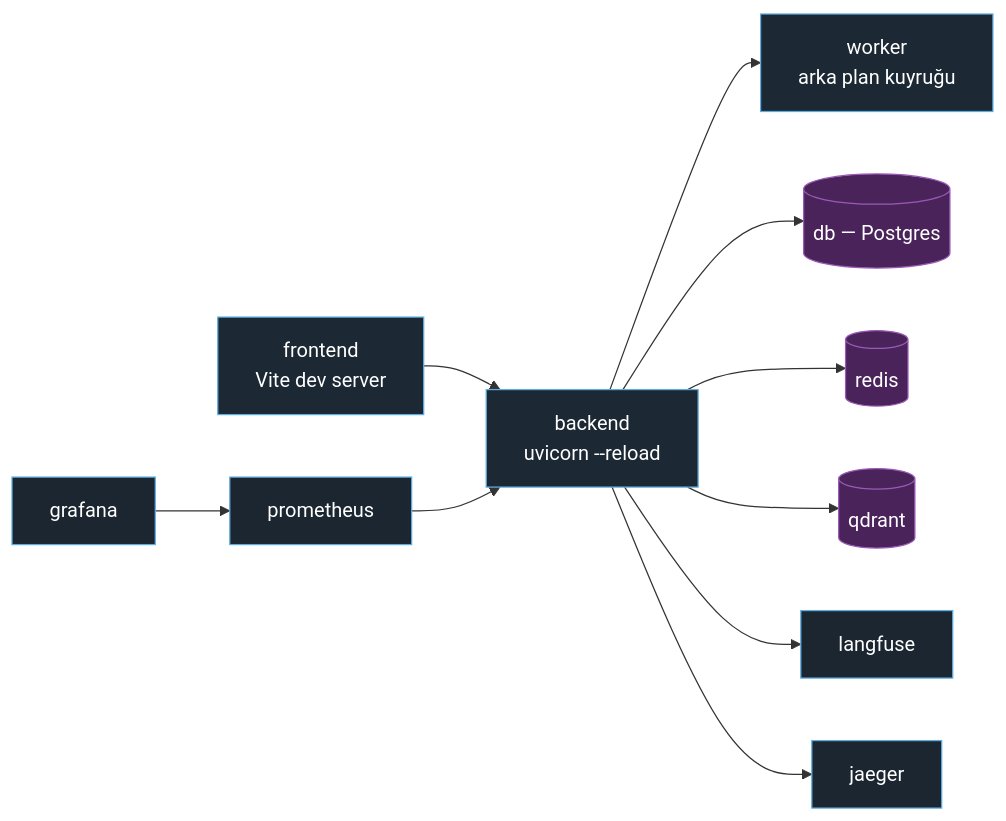
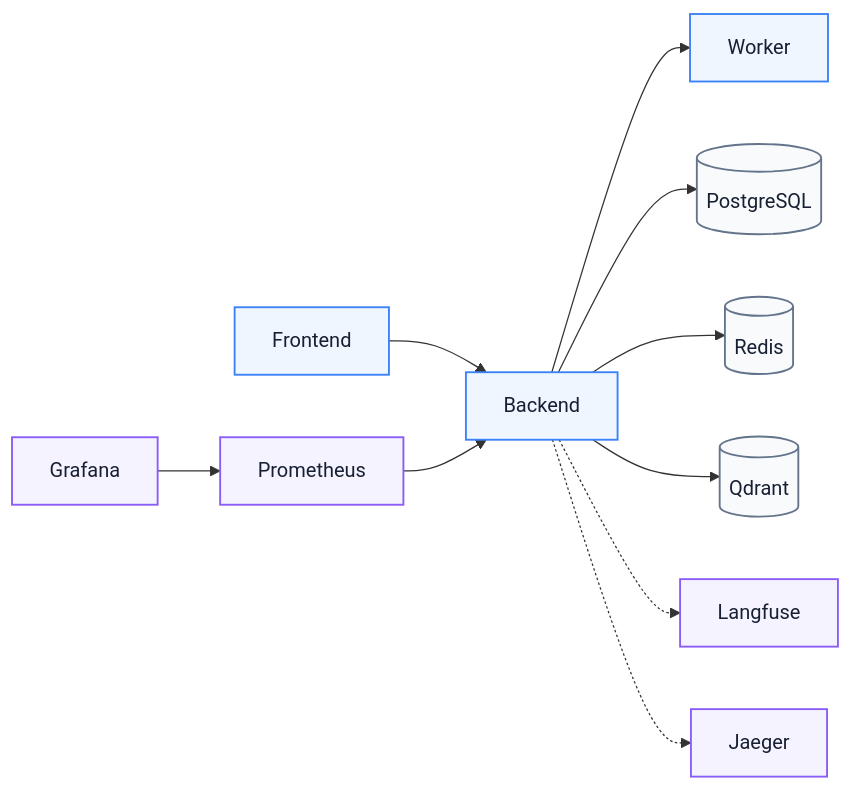
One commit to chyp3r/KACHOW-Teknofest-2026 changed the ninth of 9 diagrams in README.md. Above: the diagram before and after it, drawn with Mermaid. The commit also changed other lines of this file, not shown here.

Commit message:
update(readme): update the readme with better descriptions and diagrams

````diff
--- a/README.md
+++ b/README.md
@@ -904,16 +1050,18 @@
 ```mermaid
-graph LR
-    classDef svc fill:#1c2833,stroke:#5dade2,color:#fff;
-    classDef store fill:#4a235a,stroke:#9b59b6,color:#fff;
-    classDef obs fill:#1b2631,stroke:#5dade2,color:#fff;
+flowchart LR
+    classDef app fill:#EFF6FF,stroke:#3B82F6,stroke-width:1.5px,color:#172033;
+    classDef data fill:#F8FAFC,stroke:#64748B,stroke-width:1.5px,color:#172033;
+    classDef obs fill:#F5F3FF,stroke:#8B5CF6,stroke-width:1.5px,color:#172033;
 
-    FE[frontend<br/>Vite dev server]:::svc --> BE[backend<br/>uvicorn --reload]:::svc
-    BE --> WK[worker<br/>arka plan kuyruğu]:::svc
-    BE --> DB[(db — Postgres)]:::store
-    BE --> RD[(redis)]:::store
-    BE --> QD[(qdrant)]:::store
-    BE --> LF[langfuse]:::obs
-    BE --> JG[jaeger]:::obs
-    PM[prometheus]:::obs --> BE
-    GF[grafana]:::obs --> PM
+    FE[Frontend]:::app --> BE[Backend]:::app
+    BE --> WK[Worker]:::app
+
+    BE --> PG[(PostgreSQL)]:::data
+    BE --> RD[(Redis)]:::data
+    BE --> QD[(Qdrant)]:::data
+
+    BE -.-> LF[Langfuse]:::obs
+    BE -.-> JG[Jaeger]:::obs
+    PM[Prometheus]:::obs --> BE
+    GF[Grafana]:::obs --> PM
 ```
````
